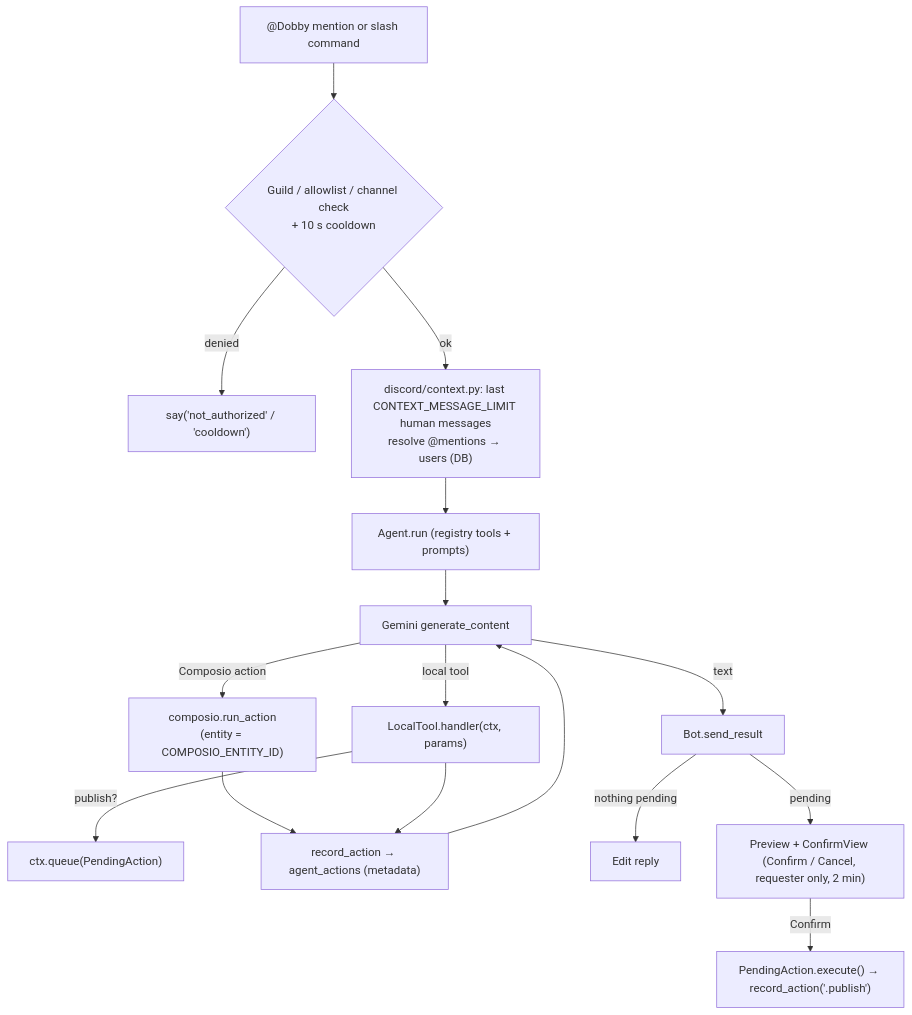
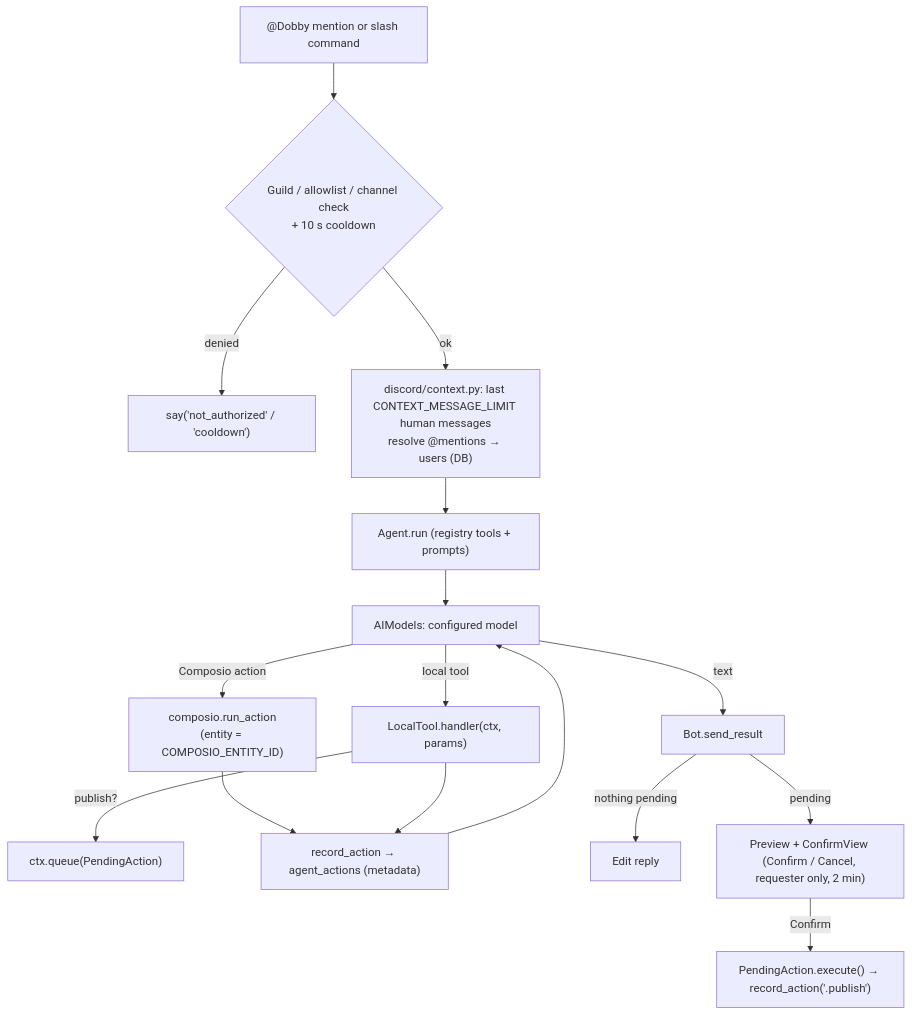
Before and after one commit to cseed-org/dobby: the diagram in docs/BOT_ARCHITECTURE.md, drawn with Mermaid. The commit also changed other lines of this file and 52 other files, not shown here.

````diff
--- a/docs/BOT_ARCHITECTURE.md
+++ b/docs/BOT_ARCHITECTURE.md
@@ -62,18 +63,18 @@
 ```mermaid
 flowchart TD
     M["@Dobby mention or slash command"] --> G{"Guild / allowlist / channel check<br/>+ 10 s cooldown"}
     G -- denied --> V1["say('not_authorized' / 'cooldown')"]
     G -- ok --> C["discord/context.py: last CONTEXT_MESSAGE_LIMIT human messages<br/>resolve @mentions → users (DB)"]
     C --> A["Agent.run (registry tools + prompts)"]
-    A --> L["Gemini generate_content"]
+    A --> L["AIModels: configured model"]
     L -- Composio action --> T["composio.run_action<br/>(entity = COMPOSIO_ENTITY_ID)"]
     L -- local tool --> U["LocalTool.handler(ctx, params)"]
     U -- publish? --> Q["ctx.queue(PendingAction)"]
     T --> R["record_action → agent_actions (metadata)"]
     U --> R
     R --> L
     L -- text --> S["Bot.send_result"]
     S -- nothing pending --> E["Edit reply"]
     S -- pending --> P["Preview + ConfirmView (Confirm / Cancel, requester only, 2 min)"]
     P -- Confirm --> X["PendingAction.execute() → record_action('<service>.publish')"]
 ```
````
